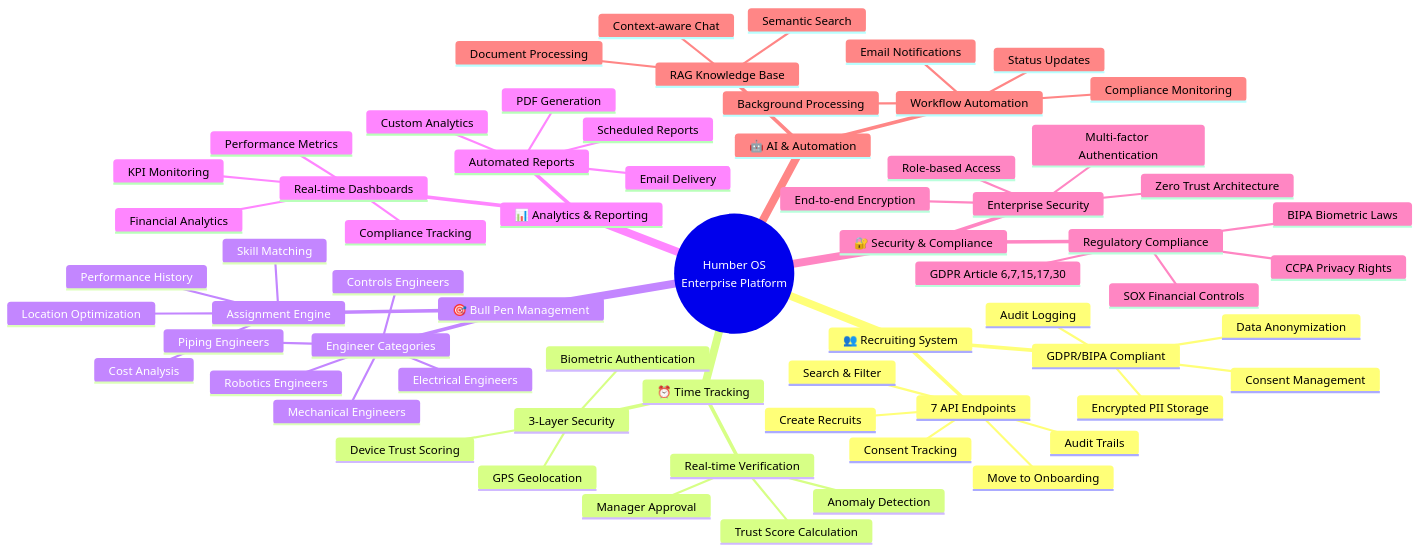
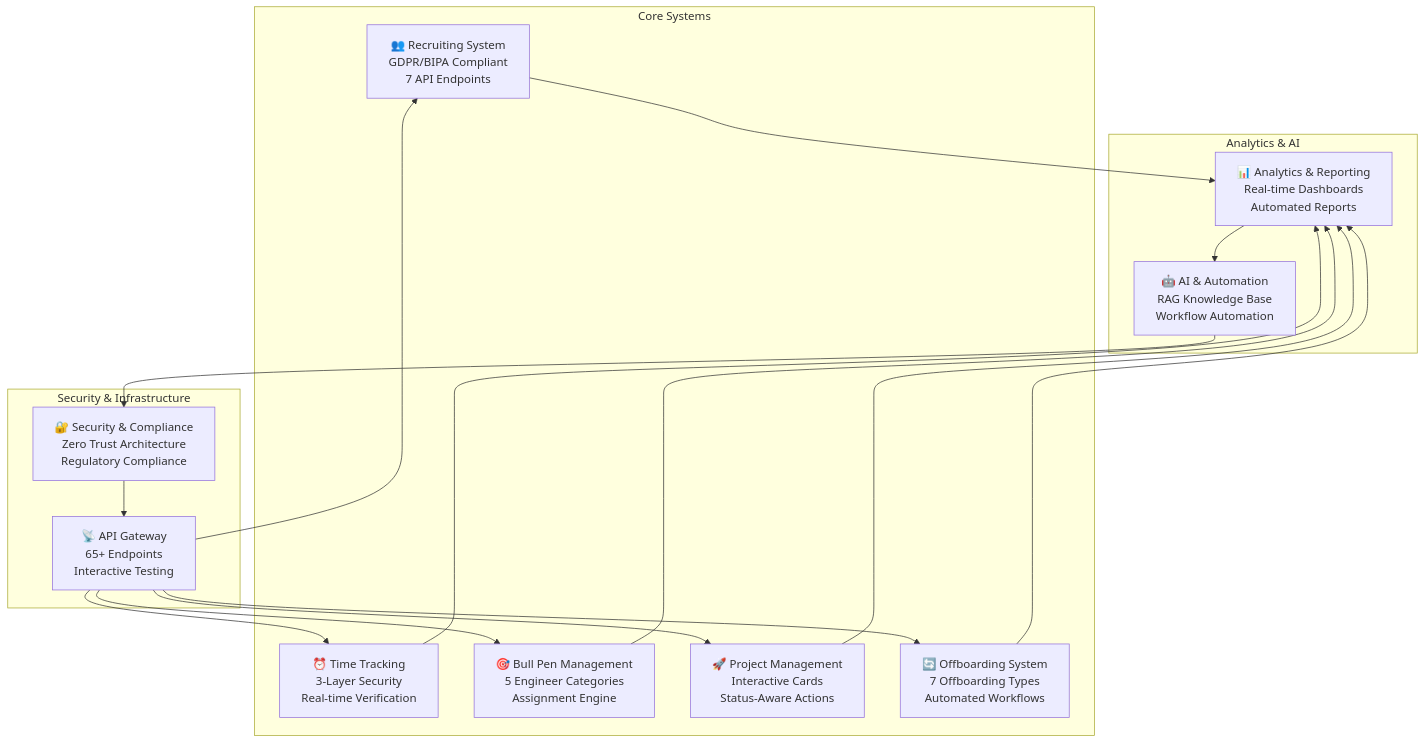
Diagram 14 of 14 in README.md (financeaiguy/humber-os), drawn with Mermaid before and after one commit. The commit also changed other lines of this file, not shown here.

First line of the commit message:
fix: Correct Mermaid chart syntax for proper rendering

````diff
--- a/README.md
+++ b/README.md
@@ -1327,75 +1277,36 @@
 ```mermaid
-mindmap
-  root((Humber OS<br/>Enterprise Platform))
+graph TB
+    subgraph "Core Systems"
+        A[👥 Recruiting System<br/>GDPR/BIPA Compliant<br/>7 API Endpoints]
+        B[⏰ Time Tracking<br/>3-Layer Security<br/>Real-time Verification]
+        C[🎯 Bull Pen Management<br/>5 Engineer Categories<br/>Assignment Engine]
+        D[🚀 Project Management<br/>Interactive Cards<br/>Status-Aware Actions]
+        E[🔄 Offboarding System<br/>7 Offboarding Types<br/>Automated Workflows]
+    end
     
-    👥 Recruiting System
-      GDPR/BIPA Compliant
-        Encrypted PII Storage
-        Consent Management
-        Audit Logging
-        Data Anonymization
-      7 API Endpoints
-        Create Recruits
-        Search & Filter
-        Move to Onboarding
-        Consent Tracking
-        Audit Trails
+    subgraph "Analytics & AI"
+        F[📊 Analytics & Reporting<br/>Real-time Dashboards<br/>Automated Reports]
+        G[🤖 AI & Automation<br/>RAG Knowledge Base<br/>Workflow Automation]
+    end
     
-    ⏰ Time Tracking
-      3-Layer Security
-        Biometric Authentication
-        GPS Geolocation
-        Device Trust Scoring
-      Real-time Verification
-        Trust Score Calculation
-        Anomaly Detection
-        Manager Approval
+    subgraph "Security & Infrastructure"
+        H[🔐 Security & Compliance<br/>Zero Trust Architecture<br/>Regulatory Compliance]
+        I[📡 API Gateway<br/>65+ Endpoints<br/>Interactive Testing]
+    end
     
-    🎯 Bull Pen Management
-      Engineer Categories
-        Controls Engineers
-        Mechanical Engineers
-        Electrical Engineers
-        Piping Engineers
-        Robotics Engineers
-      Assignment Engine
-        Skill Matching
-        Location Optimization
-        Cost Analysis
-        Performance History
+    A --> F
+    B --> F
+    C --> F
+    D --> F
+    E --> F
     
-    📊 Analytics & Reporting
-      Real-time Dashboards
-        KPI Monitoring
-        Financial Analytics
-        Performance Metrics
-        Compliance Tracking
-      Automated Reports
-        PDF Generation
-        Email Delivery
-        Scheduled Reports
-        Custom Analytics
+    F --> G
+    G --> H
+    H --> I
     
-    🔐 Security & Compliance
-      Enterprise Security
-        Zero Trust Architecture
-        End-to-end Encryption
-        Multi-factor Authentication
-        Role-based Access
-      Regulatory Compliance
-        GDPR Article 6,7,15,17,30
-        BIPA Biometric Laws
-        CCPA Privacy Rights
-        SOX Financial Controls
-    
-    🤖 AI & Automation
-      RAG Knowledge Base
-        Document Processing
-        Semantic Search
-        Context-aware Chat
-      Workflow Automation
-        Background Processing
-        Email Notifications
-        Status Updates
-        Compliance Monitoring
+    I --> A
+    I --> B
+    I --> C
+    I --> D
+    I --> E
 ```
````
